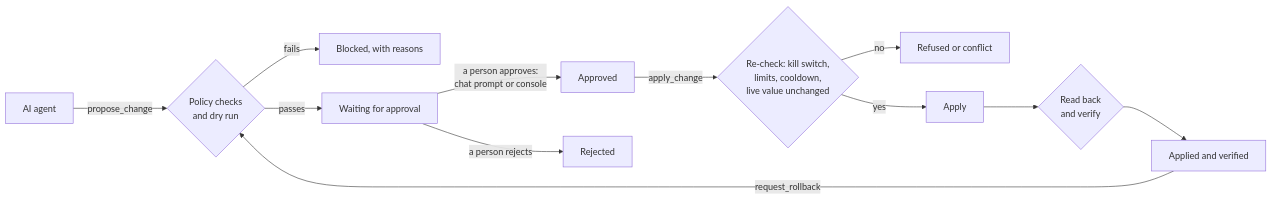
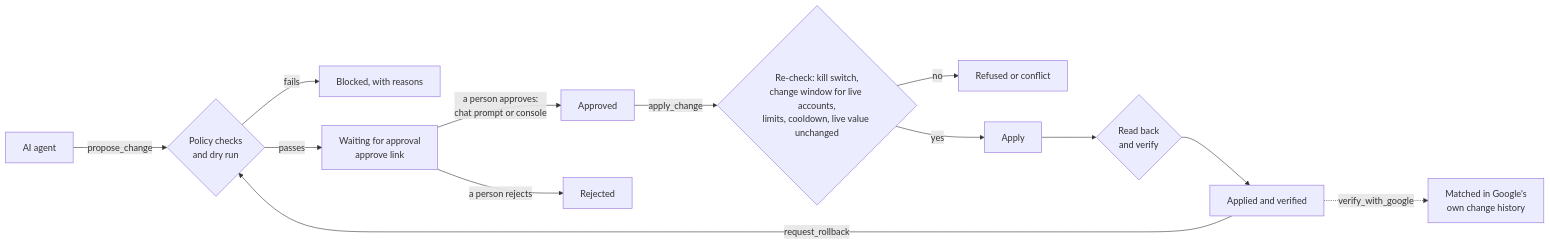
Before and after one commit to DebashishKumarBora/Campaign-Ops-MCP: the diagram in README.md, drawn with Mermaid. The commit also changed other lines of this file and 48 other files, not shown here.

````diff
--- a/README.md
+++ b/README.md
@@ -21,14 +36,15 @@
 ```mermaid
 flowchart LR
   A[AI agent] -->|propose_change| B{Policy checks<br/>and dry run}
   B -->|fails| X[Blocked, with reasons]
-  B -->|passes| C[Waiting for approval]
+  B -->|passes| C[Waiting for approval<br/>approve link]
   C -->|a person approves:<br/>chat prompt or console| D[Approved]
   C -->|a person rejects| R[Rejected]
-  D -->|apply_change| E{Re-check: kill switch,<br/>limits, cooldown,<br/>live value unchanged}
+  D -->|apply_change| E{Re-check: kill switch,<br/>change window for live accounts,<br/>limits, cooldown, live value unchanged}
   E -->|no| F[Refused or conflict]
   E -->|yes| G[Apply]
   G --> H{Read back<br/>and verify}
   H --> I[Applied and verified]
   I -->|request_rollback| B
+  I -.->|verify_with_google| W[Matched in Google's<br/>own change history]
 ```
````
